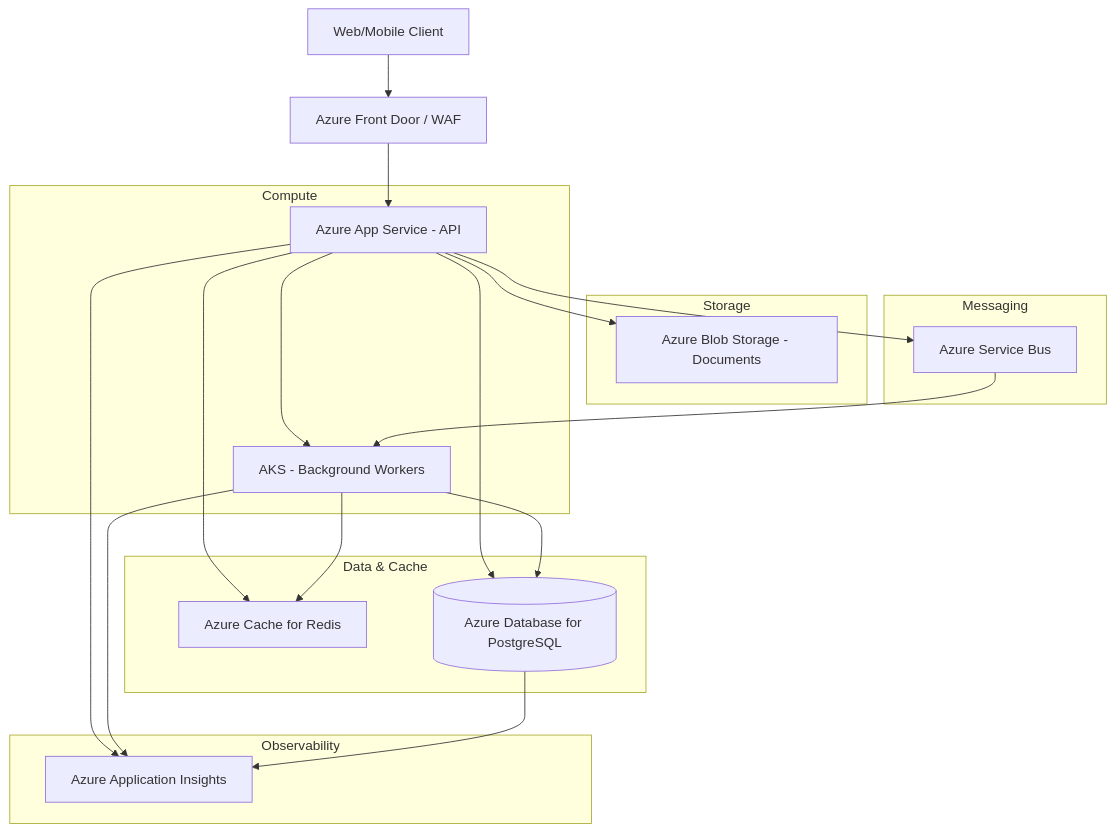
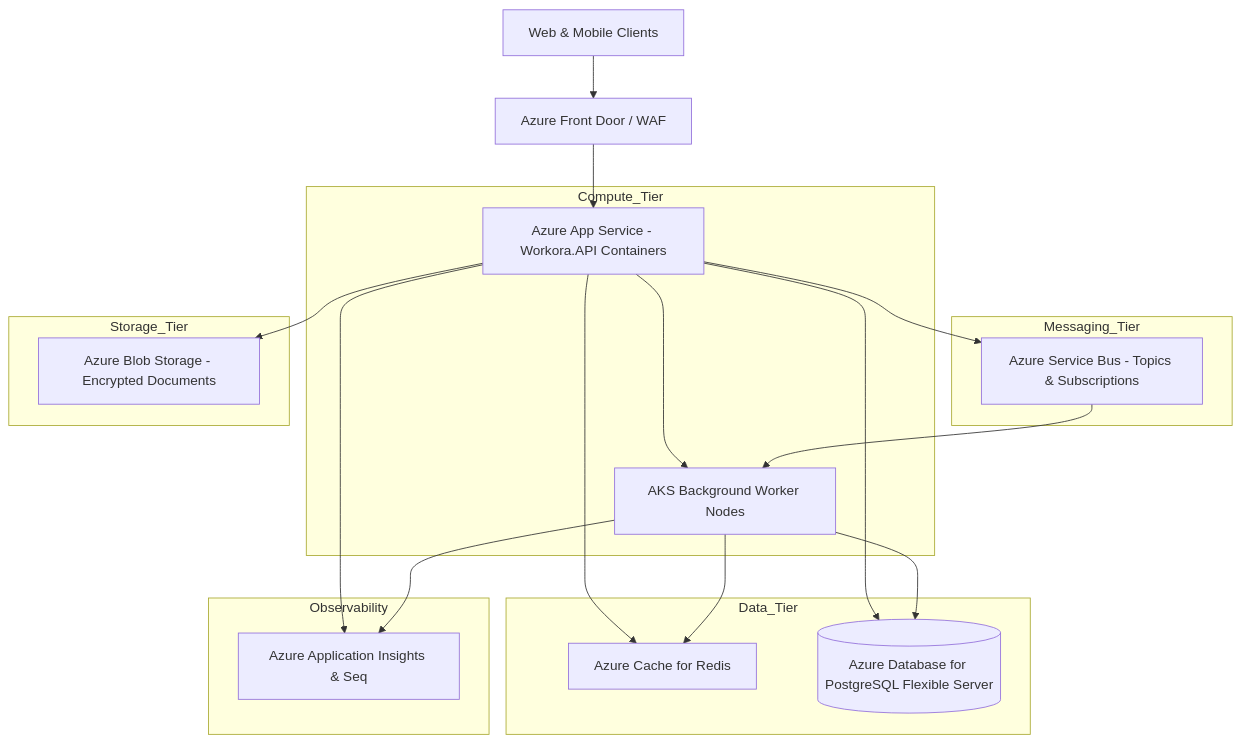
One commit to satyakidushyant/workora changed the tenth of 11 diagrams in backend/docs/TechnicalDocument.md. Above: the diagram before and after it, drawn with Mermaid. The commit also changed other lines of this file and 155 other files, not shown here.

````diff
--- a/backend/docs/TechnicalDocument.md
+++ b/backend/docs/TechnicalDocument.md
@@ -2447,31 +1723,30 @@
 ```mermaid
 graph TD
-    Client[Web/Mobile Client] --> AFD[Azure Front Door / WAF]
-    AFD --> AppService[Azure App Service - API]
+    Client[Web & Mobile Clients] --> AFD[Azure Front Door / WAF]
+    AFD --> AppService[Azure App Service - Workora.API Containers]
     
-    subgraph Compute
-        AppService --> AKS[AKS - Background Workers]
+    subgraph Compute_Tier
+        AppService --> AKS[AKS Background Worker Nodes]
     end
-    
-    subgraph Data & Cache
+
+    subgraph Data_Tier
         AppService --> Redis[Azure Cache for Redis]
         AKS --> Redis
-        AppService --> Db[(Azure Database for PostgreSQL)]
-        AKS --> Db
+        AppService --> PgDb[(Azure Database for PostgreSQL Flexible Server)]
+        AKS --> PgDb
     end
-    
-    subgraph Storage
-        AppService --> Blob[Azure Blob Storage - Documents]
-    end
-    
-    subgraph Messaging
-        AppService --> ASB[Azure Service Bus]
+
+    subgraph Messaging_Tier
+        AppService --> ASB[Azure Service Bus - Topics & Subscriptions]
         ASB --> AKS
     end
-    
+
+    subgraph Storage_Tier
+        AppService --> Blob[Azure Blob Storage - Encrypted Documents]
+    end
+
     subgraph Observability
-        AppService --> AppInsights[Azure Application Insights]
+        AppService --> AppInsights[Azure Application Insights & Seq]
         AKS --> AppInsights
-        Db --> AppInsights
     end
 ```
````
